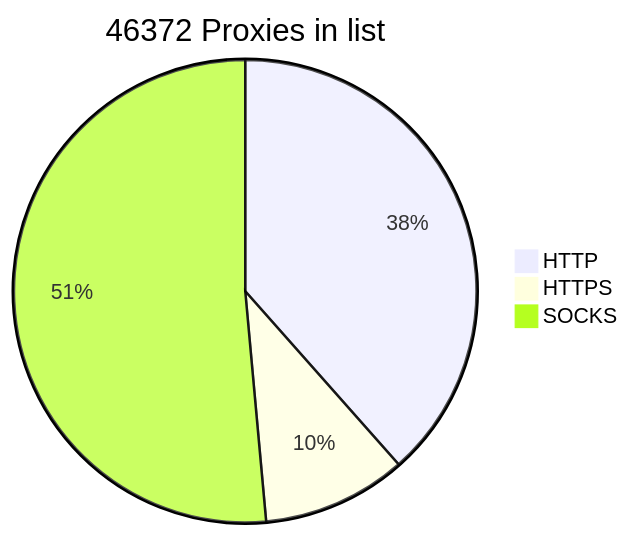
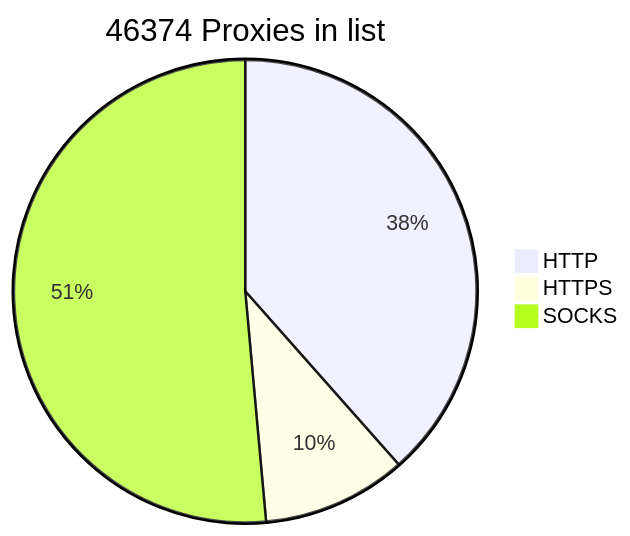
One commit to BlackSnowDot/proxylist-update-every-minute changed the diagram in README.md. Above: the diagram before and after it, drawn with Mermaid.

````diff
--- a/README.md
+++ b/README.md
@@ -2,6 +2,6 @@
 ```mermaid
-pie title 46372 Proxies in list
-    "HTTP" : 19540
-    "HTTPS": 5131
+pie title 46374 Proxies in list
+    "HTTP" : 19543
+    "HTTPS": 5133
     "SOCKS" : 26138
 ```
````
